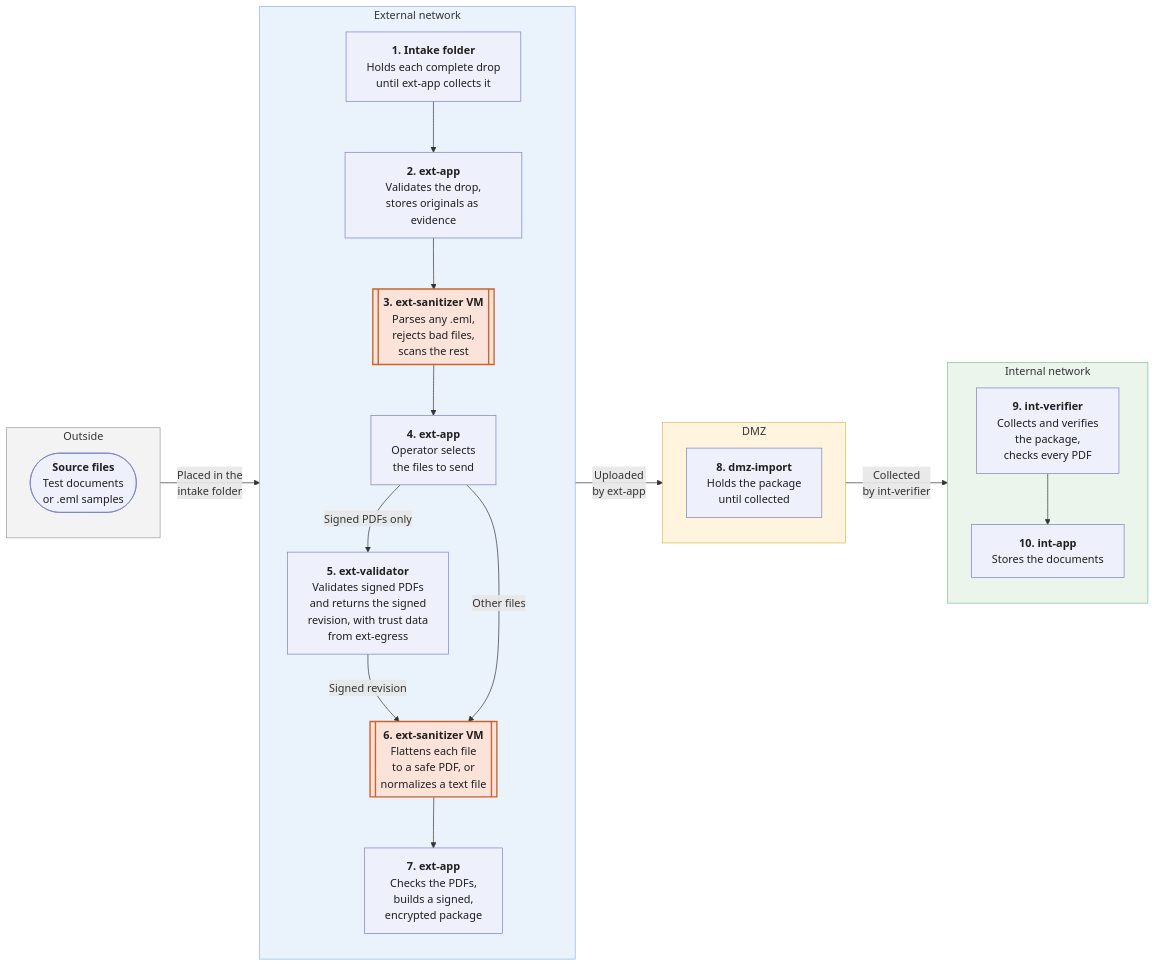
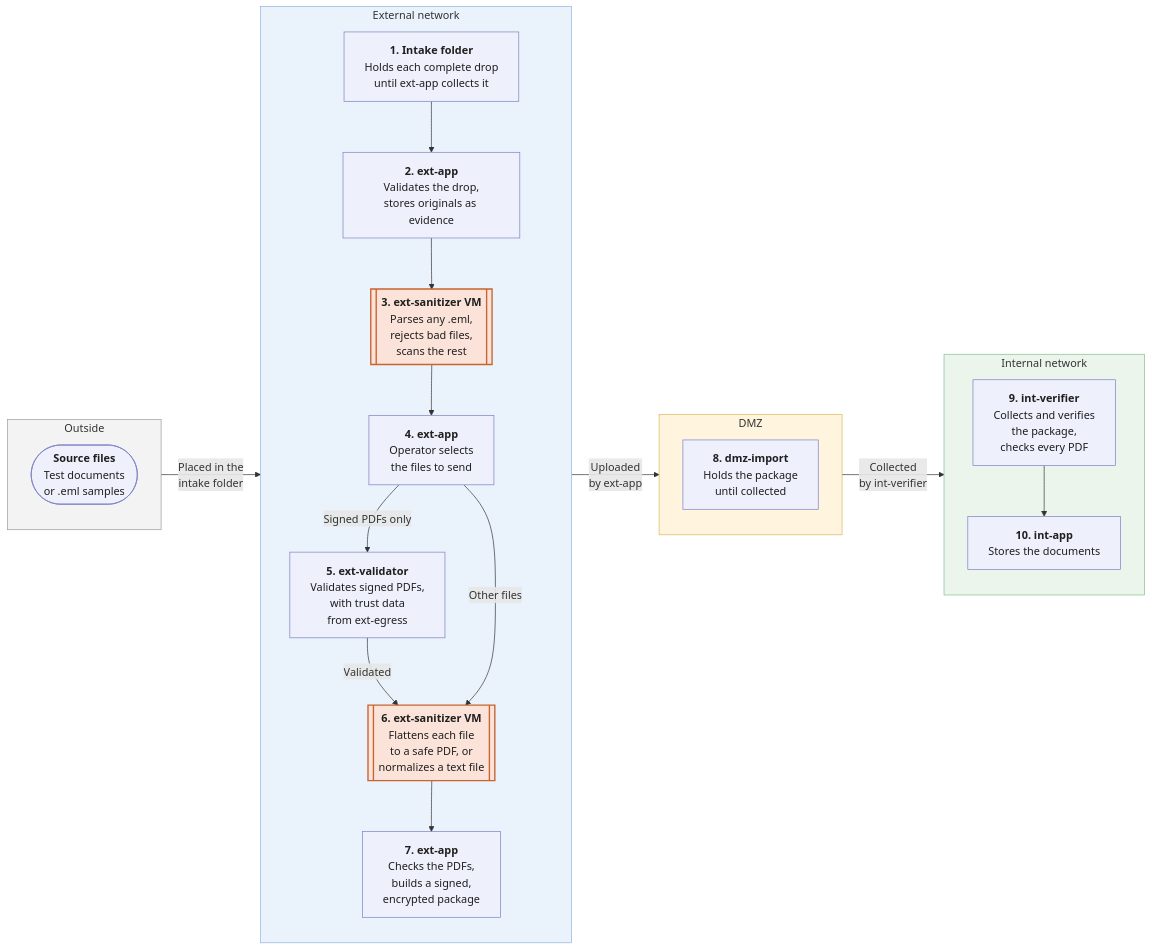
One commit to tgivslife/dxg-document-gateway changed the second of 8 diagrams in document-exchange-mvp-technical-documentation.md. Above: the diagram before and after it, drawn with Mermaid. The commit also changed other lines of this file and 5 other files, not shown here.

````diff
--- a/document-exchange-mvp-technical-documentation.md
+++ b/document-exchange-mvp-technical-documentation.md
@@ -211,54 +214,54 @@
 ```mermaid
 flowchart LR
     accDescr: Numbered document flow for a request coming in, from the intake folder to int-app
     %% Arrows show the order of work, not network connections.
     %% ext-app, int-app and int-verifier make every call. The DMZ never connects to either network.
     %% Double side borders: VM.
     %% Arrows link the zones, not the steps, so that each zone keeps its own top-down layout.
 
     subgraph OUT["Outside"]
         direction TB
         SRC(["<b>Source files</b><br/>Test documents<br/>or .eml samples"])
     end
 
     subgraph EXT["External network"]
         direction TB
         N1["<b>1. Intake folder</b><br/>Holds each complete drop<br/>until ext-app collects it"]
         N2["<b>2. ext-app</b><br/>Validates the drop,<br/>stores originals as evidence"]
         N3[["<b>3. ext-sanitizer VM</b><br/>Parses any .eml,<br/>rejects bad files,<br/>scans the rest"]]
         N4["<b>4. ext-app</b><br/>Operator selects<br/>the files to send"]
-        N5["<b>5. ext-validator</b><br/>Validates signed PDFs<br/>and returns the signed<br/>revision, with trust data<br/>from ext-egress"]
+        N5["<b>5. ext-validator</b><br/>Validates signed PDFs,<br/>with trust data<br/>from ext-egress"]
         N6[["<b>6. ext-sanitizer VM</b><br/>Flattens each file<br/>to a safe PDF, or<br/>normalizes a text file"]]
         N7["<b>7. ext-app</b><br/>Checks the PDFs,<br/>builds a signed,<br/>encrypted package"]
         N1 --> N2 --> N3 --> N4
         N4 -->|"Signed PDFs only"| N5
-        N5 -->|"Signed revision"| N6
+        N5 -->|"Validated"| N6
         N4 -->|"Other files"| N6
         N6 --> N7
     end
 
     subgraph DMZ["DMZ"]
         direction TB
         N8["<b>8. dmz-import</b><br/>Holds the package<br/>until collected"]
     end
 
     subgraph INT["Internal network"]
         direction TB
         N9["<b>9. int-verifier</b><br/>Collects and verifies<br/>the package,<br/>checks every PDF"]
         N10["<b>10. int-app</b><br/>Stores the documents"]
         N9 --> N10
     end
 
     OUT -->|"Placed in the<br/>intake folder"| EXT
     EXT -->|"Uploaded<br/>by ext-app"| DMZ
     DMZ -->|"Collected<br/>by int-verifier"| INT
 
     classDef step fill:#eef0fb,stroke:#7b7fc4,color:#1f1f1f
     classDef vm fill:#fbe3d9,stroke:#c8642e,stroke-width:2px,color:#1f1f1f
     class SRC,N1,N2,N4,N5,N7,N8,N9,N10 step
     class N3,N6 vm
     style OUT fill:#f3f3f3,stroke:#9a9a9a
     style EXT fill:#eaf2fb,stroke:#8fb4e0
     style DMZ fill:#fff4dd,stroke:#d8b85a
     style INT fill:#ebf5ec,stroke:#7fbf8a
 ```
````
